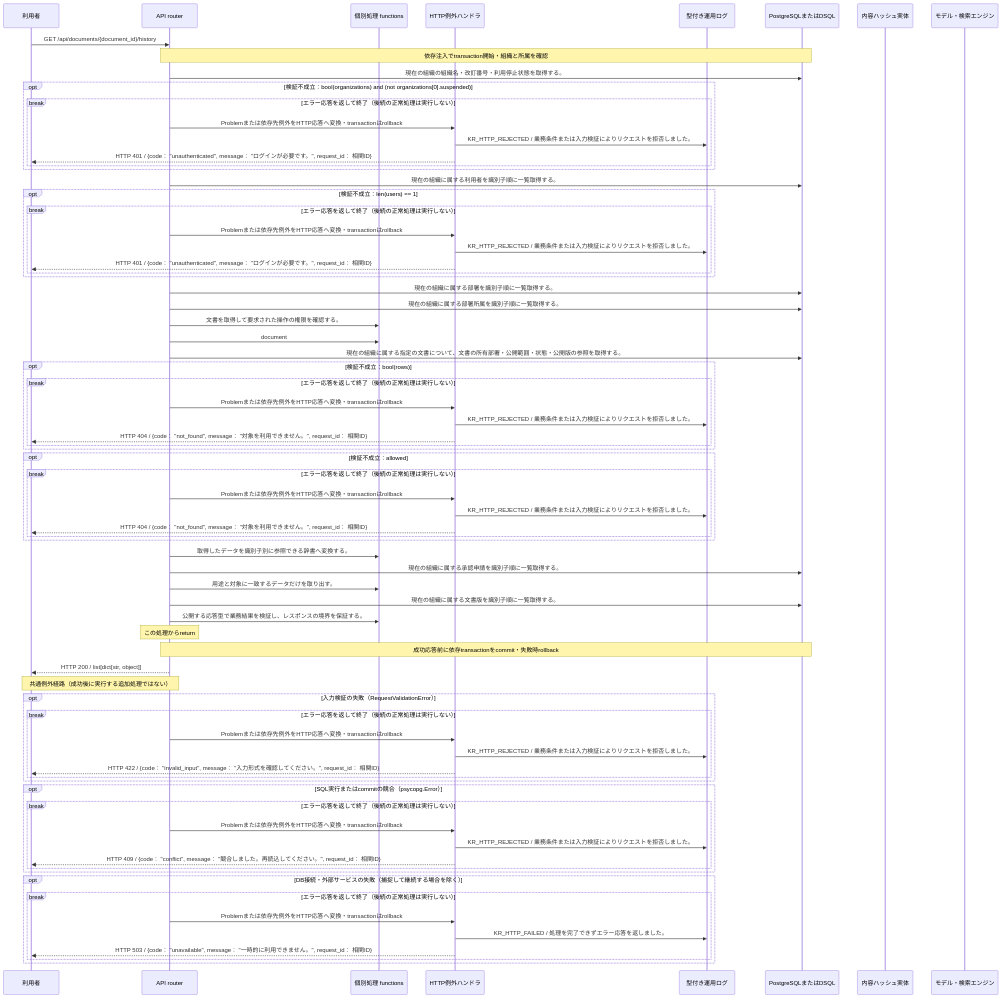
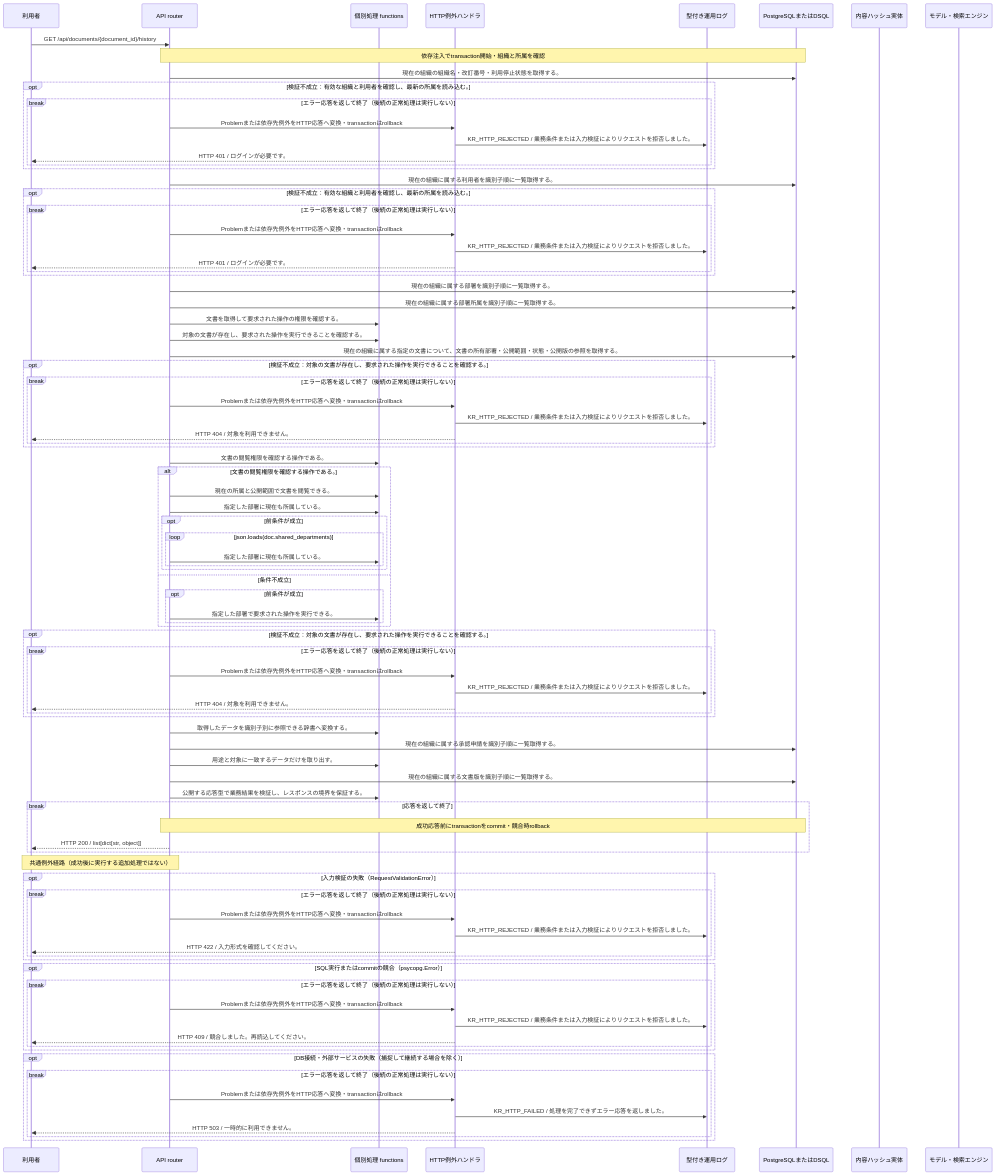
Before and after one commit to tsuji-tomonori/KotoRelay: the diagram in docs/design/generated/api/documents/version_history/sequence.md, drawn with Mermaid. The commit also changed other lines of this file and 245 other files, not shown here.

````diff
--- a/docs/design/generated/api/documents/version_history/sequence.md
+++ b/docs/design/generated/api/documents/version_history/sequence.md
@@ -17,38 +17,52 @@
     U->>A: GET /api/documents/{document_id}/history
     Note over A,D: 依存注入でtransaction開始・組織と所属を確認
     A->>D: 現在の組織の組織名・改訂番号・利用停止状態を取得する。
-    opt 検証不成立：bool(organizations) and (not organizations[0].suspended)
+    opt 検証不成立：有効な組織と利用者を確認し、最新の所属を読み込む。
     break エラー応答を返して終了（後続の正常処理は実行しない）
     A->>E: Problemまたは依存先例外をHTTP応答へ変換・transactionはrollback
     E->>L: KR_HTTP_REJECTED / 業務条件または入力検証によりリクエストを拒否しました。
-    E-->>U: HTTP 401 / {code： "unauthenticated", message： "ログインが必要です。", request_id： 相関ID}
+    E-->>U: HTTP 401 / ログインが必要です。
     end
     end
     A->>D: 現在の組織に属する利用者を識別子順に一覧取得する。
-    opt 検証不成立：len(users) == 1
+    opt 検証不成立：有効な組織と利用者を確認し、最新の所属を読み込む。
     break エラー応答を返して終了（後続の正常処理は実行しない）
     A->>E: Problemまたは依存先例外をHTTP応答へ変換・transactionはrollback
     E->>L: KR_HTTP_REJECTED / 業務条件または入力検証によりリクエストを拒否しました。
-    E-->>U: HTTP 401 / {code： "unauthenticated", message： "ログインが必要です。", request_id： 相関ID}
+    E-->>U: HTTP 401 / ログインが必要です。
     end
     end
     A->>D: 現在の組織に属する部署を識別子順に一覧取得する。
     A->>D: 現在の組織に属する部署所属を識別子順に一覧取得する。
     A->>F: 文書を取得して要求された操作の権限を確認する。
-    A->>F: document
+    A->>F: 対象の文書が存在し、要求された操作を実行できることを確認する。
     A->>D: 現在の組織に属する指定の文書について、文書の所有部署・公開範囲・状態・公開版の参照を取得する。
-    opt 検証不成立：bool(rows)
+    opt 検証不成立：対象の文書が存在し、要求された操作を実行できることを確認する。
     break エラー応答を返して終了（後続の正常処理は実行しない）
     A->>E: Problemまたは依存先例外をHTTP応答へ変換・transactionはrollback
     E->>L: KR_HTTP_REJECTED / 業務条件または入力検証によりリクエストを拒否しました。
-    E-->>U: HTTP 404 / {code： "not_found", message： "対象を利用できません。", request_id： 相関ID}
+    E-->>U: HTTP 404 / 対象を利用できません。
     end
     end
-    opt 検証不成立：allowed
+    A->>F: 文書の閲覧権限を確認する操作である。
+    alt 文書の閲覧権限を確認する操作である。
+    A->>F: 現在の所属と公開範囲で文書を閲覧できる。
+    A->>F: 指定した部署に現在も所属している。
+    opt 前条件が成立
+    loop json.loads(doc.shared_departments)
+    A->>F: 指定した部署に現在も所属している。
+    end
+    end
+    else 条件不成立
+    opt 前条件が成立
+    A->>F: 指定した部署で要求された操作を実行できる。
+    end
+    end
+    opt 検証不成立：対象の文書が存在し、要求された操作を実行できることを確認する。
     break エラー応答を返して終了（後続の正常処理は実行しない）
     A->>E: Problemまたは依存先例外をHTTP応答へ変換・transactionはrollback
     E->>L: KR_HTTP_REJECTED / 業務条件または入力検証によりリクエストを拒否しました。
-    E-->>U: HTTP 404 / {code： "not_found", message： "対象を利用できません。", request_id： 相関ID}
+    E-->>U: HTTP 404 / 対象を利用できません。
     end
     end
     A->>F: 取得したデータを識別子別に参照できる辞書へ変換する。
@@ -56,29 +70,30 @@
     A->>F: 用途と対象に一致するデータだけを取り出す。
     A->>D: 現在の組織に属する文書版を識別子順に一覧取得する。
     A->>F: 公開する応答型で業務結果を検証し、レスポンスの境界を保証する。
-    Note over A: この処理からreturn
-    Note over A,D: 成功応答前に依存transactionをcommit・失敗時rollback
+    break 応答を返して終了
+    Note over A,D: 成功応答前にtransactionをcommit・競合時rollback
     A-->>U: HTTP 200 / list[dict[str, object]]
+    end
     Note over A,U: 共通例外経路（成功後に実行する追加処理ではない）
     opt 入力検証の失敗（RequestValidationError）
     break エラー応答を返して終了（後続の正常処理は実行しない）
     A->>E: Problemまたは依存先例外をHTTP応答へ変換・transactionはrollback
     E->>L: KR_HTTP_REJECTED / 業務条件または入力検証によりリクエストを拒否しました。
-    E-->>U: HTTP 422 / {code： "invalid_input", message： "入力形式を確認してください。", request_id： 相関ID}
+    E-->>U: HTTP 422 / 入力形式を確認してください。
     end
     end
     opt SQL実行またはcommitの競合（psycopg.Error）
     break エラー応答を返して終了（後続の正常処理は実行しない）
     A->>E: Problemまたは依存先例外をHTTP応答へ変換・transactionはrollback
     E->>L: KR_HTTP_REJECTED / 業務条件または入力検証によりリクエストを拒否しました。
-    E-->>U: HTTP 409 / {code： "conflict", message： "競合しました。再読込してください。", request_id： 相関ID}
+    E-->>U: HTTP 409 / 競合しました。再読込してください。
     end
     end
     opt DB接続・外部サービスの失敗（捕捉して継続する場合を除く）
     break エラー応答を返して終了（後続の正常処理は実行しない）
     A->>E: Problemまたは依存先例外をHTTP応答へ変換・transactionはrollback
     E->>L: KR_HTTP_FAILED / 処理を完了できずエラー応答を返しました。
-    E-->>U: HTTP 503 / {code： "unavailable", message： "一時的に利用できません。", request_id： 相関ID}
+    E-->>U: HTTP 503 / 一時的に利用できません。
     end
     end
 ```
````
